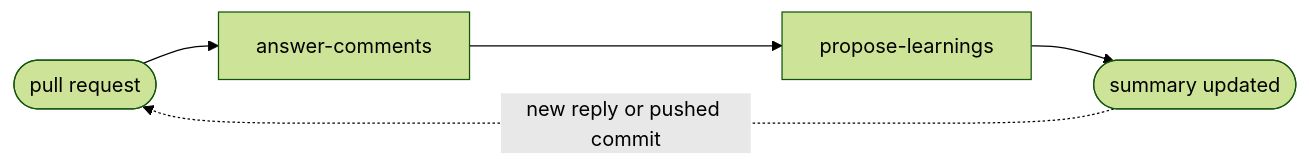
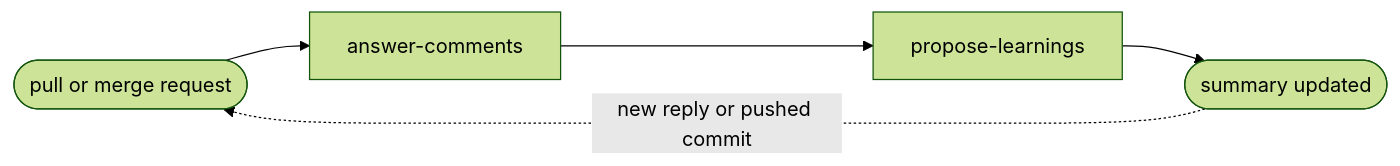
The diagram in plugins/aidd-vcs/skills/06-answer-comments/SKILL.md (ai-driven-dev/framework), drawn with Mermaid (forest theme) before and after one commit. The commit also changed other lines of this file and 4 other files, not shown here.

````diff
--- a/plugins/aidd-vcs/skills/06-answer-comments/SKILL.md
+++ b/plugins/aidd-vcs/skills/06-answer-comments/SKILL.md
@@ -9,5 +9,5 @@
 ```mermaid
 flowchart LR
-  pr([pull request]) --> answer-comments --> propose-learnings --> summary([summary updated])
-  summary -.->|new reply or pushed commit| pr
+  request([pull or merge request]) --> answer-comments --> propose-learnings --> summary([summary updated])
+  summary -.->|new reply or pushed commit| request
 ```
````
